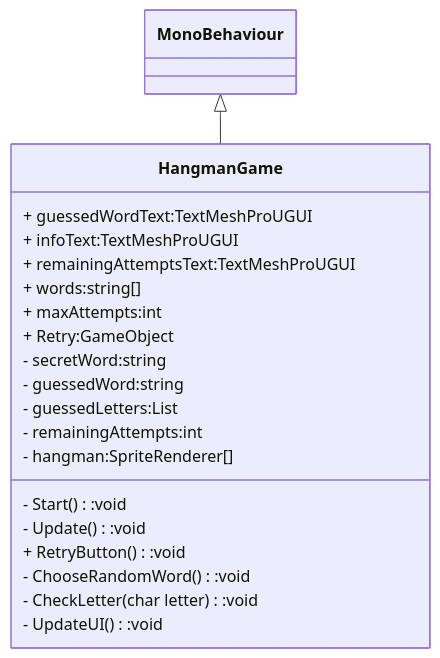
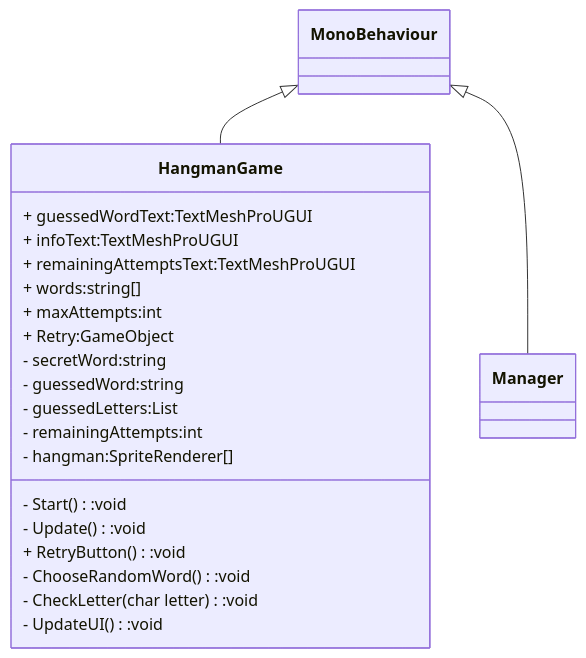
Before and after one commit to 4ahmns-sosem-2324/02-Hangman-cdoll: the diagram in README.md, drawn with Mermaid.

````diff
--- a/README.md
+++ b/README.md
@@ -2,23 +2,28 @@
 ``` mermaid
 classDiagram
     MonoBehaviour <|-- HangmanGame
+    MonoBehaviour <|-- Manager
     class HangmanGame {
 	+ guessedWordText:TextMeshProUGUI
 	+ infoText:TextMeshProUGUI
 	+ remainingAttemptsText:TextMeshProUGUI
         + words:string[]
         + maxAttempts:int
 	+ Retry:GameObject
         - secretWord:string
         - guessedWord:string
         - guessedLetters:List<char>
         - remainingAttempts:int
         - hangman:SpriteRenderer[]
         - Start():void
         - Update():void
         + RetryButton():void
         - ChooseRandomWord():void
         - CheckLetter(char letter):void
         - UpdateUI():void
     }
+
+class Manager{
+	
+}
 ```
````
